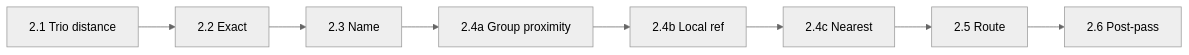
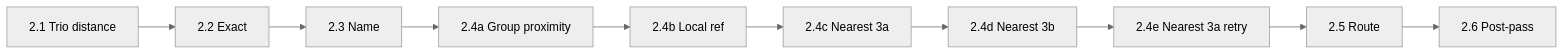
The third of 4 diagrams in documentation/2. Matching process.md (openTdataCH/stop_sync_osm_atlas), drawn with Mermaid (neutral theme) before and after one commit. The commit also changed other lines of this file and 23 other files, not shown here.

````diff
--- a/documentation/2. Matching process.md
+++ b/documentation/2. Matching process.md
@@ -192,4 +192,4 @@
 ```mermaid
 flowchart LR
-    T["2.1 Trio distance"] --> E["2.2 Exact"] --> N["2.3 Name"] --> D1["2.4a Group proximity"] --> D2["2.4b Local ref"] --> D3["2.4c Nearest"] --> R["2.5 Route"] --> P["2.6 Post-pass"]
+    T["2.1 Trio distance"] --> E["2.2 Exact"] --> N["2.3 Name"] --> D1["2.4a Group proximity"] --> D2["2.4b Local ref"] --> D3["2.4c Nearest 3a"] --> D4["2.4d Nearest 3b"] --> D5["2.4e Nearest 3a retry"] --> R["2.5 Route"] --> P["2.6 Post-pass"]
 ```
````
